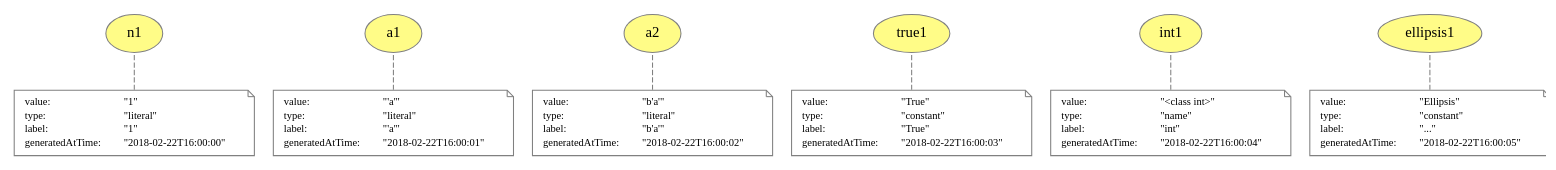
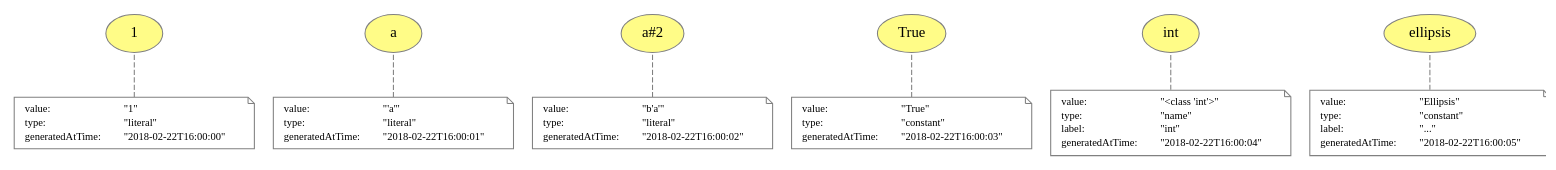
The diagram in versioned_prov/names.dot (dew-uff/versioned-prov), drawn with Graphviz before and after one commit. The commit also changed 51 other files, not shown here.

```diff
--- a/versioned_prov/names.dot
+++ b/versioned_prov/names.dot
@@ -1,122 +1,106 @@
 digraph "PROV" { size="16,12"; rankdir="BT";
-"http://example.org/n1" [fillcolor="#FFFC87",color="#808080",style="filled",label="n1",URL="http://example.org/n1"]
+"http://example.org/1" [fillcolor="#FFFC87",color="#808080",style="filled",label="1",URL="http://example.org/1"]
 "-attrs0" [color="gray",shape="note",fontsize="10",fontcolor="black",label=<<TABLE cellpadding="0" border="0">
 	<TR>
 	    <TD align="left">value:</TD>
 	    <TD align="left">&quot;1&quot;</TD>
 	</TR>
 	<TR>
 	    <TD align="left">type:</TD>
 	    <TD align="left">&quot;literal&quot;</TD>
 	</TR>
 	<TR>
-	    <TD align="left">label:</TD>
-	    <TD align="left">&quot;1&quot;</TD>
-	</TR>
-	<TR>
 	    <TD align="left">generatedAtTime:</TD>
 	    <TD align="left">&quot;2018-02-22T16:00:00&quot;</TD>
 	</TR>
 </TABLE>>]
-"-attrs0" -> "http://example.org/n1" [color="gray",style="dashed",arrowhead="none"]
-"http://example.org/a1" [fillcolor="#FFFC87",color="#808080",style="filled",label="a1",URL="http://example.org/a1"]
+"-attrs0" -> "http://example.org/1" [color="gray",style="dashed",arrowhead="none"]
+"http://example.org/a" [fillcolor="#FFFC87",color="#808080",style="filled",label="a",URL="http://example.org/a"]
 "-attrs1" [color="gray",shape="note",fontsize="10",fontcolor="black",label=<<TABLE cellpadding="0" border="0">
 	<TR>
 	    <TD align="left">value:</TD>
 	    <TD align="left">&quot;&#x27;a&#x27;&quot;</TD>
 	</TR>
 	<TR>
 	    <TD align="left">type:</TD>
 	    <TD align="left">&quot;literal&quot;</TD>
 	</TR>
 	<TR>
-	    <TD align="left">label:</TD>
-	    <TD align="left">&quot;&#x27;a&#x27;&quot;</TD>
-	</TR>
-	<TR>
 	    <TD align="left">generatedAtTime:</TD>
 	    <TD align="left">&quot;2018-02-22T16:00:01&quot;</TD>
 	</TR>
 </TABLE>>]
-"-attrs1" -> "http://example.org/a1" [color="gray",style="dashed",arrowhead="none"]
-"http://example.org/a2" [fillcolor="#FFFC87",color="#808080",style="filled",label="a2",URL="http://example.org/a2"]
+"-attrs1" -> "http://example.org/a" [color="gray",style="dashed",arrowhead="none"]
+"http://example.org/a#2" [fillcolor="#FFFC87",color="#808080",style="filled",label="a#2",URL="http://example.org/a#2"]
 "-attrs2" [color="gray",shape="note",fontsize="10",fontcolor="black",label=<<TABLE cellpadding="0" border="0">
 	<TR>
 	    <TD align="left">value:</TD>
 	    <TD align="left">&quot;b&#x27;a&#x27;&quot;</TD>
 	</TR>
 	<TR>
 	    <TD align="left">type:</TD>
 	    <TD align="left">&quot;literal&quot;</TD>
 	</TR>
 	<TR>
-	    <TD align="left">label:</TD>
-	    <TD align="left">&quot;b&#x27;a&#x27;&quot;</TD>
-	</TR>
-	<TR>
 	    <TD align="left">generatedAtTime:</TD>
 	    <TD align="left">&quot;2018-02-22T16:00:02&quot;</TD>
 	</TR>
 </TABLE>>]
-"-attrs2" -> "http://example.org/a2" [color="gray",style="dashed",arrowhead="none"]
-"http://example.org/true1" [fillcolor="#FFFC87",color="#808080",style="filled",label="true1",URL="http://example.org/true1"]
+"-attrs2" -> "http://example.org/a#2" [color="gray",style="dashed",arrowhead="none"]
+"http://example.org/True" [fillcolor="#FFFC87",color="#808080",style="filled",label="True",URL="http://example.org/True"]
 "-attrs3" [color="gray",shape="note",fontsize="10",fontcolor="black",label=<<TABLE cellpadding="0" border="0">
 	<TR>
 	    <TD align="left">value:</TD>
 	    <TD align="left">&quot;True&quot;</TD>
 	</TR>
 	<TR>
 	    <TD align="left">type:</TD>
 	    <TD align="left">&quot;constant&quot;</TD>
 	</TR>
 	<TR>
-	    <TD align="left">label:</TD>
-	    <TD align="left">&quot;True&quot;</TD>
-	</TR>
-	<TR>
 	    <TD align="left">generatedAtTime:</TD>
 	    <TD align="left">&quot;2018-02-22T16:00:03&quot;</TD>
 	</TR>
 </TABLE>>]
-"-attrs3" -> "http://example.org/true1" [color="gray",style="dashed",arrowhead="none"]
-"http://example.org/int1" [fillcolor="#FFFC87",color="#808080",style="filled",label="int1",URL="http://example.org/int1"]
+"-attrs3" -> "http://example.org/True" [color="gray",style="dashed",arrowhead="none"]
+"http://example.org/int" [fillcolor="#FFFC87",color="#808080",style="filled",label="int",URL="http://example.org/int"]
 "-attrs4" [color="gray",shape="note",fontsize="10",fontcolor="black",label=<<TABLE cellpadding="0" border="0">
 	<TR>
 	    <TD align="left">value:</TD>
-	    <TD align="left">&quot;&lt;class int&gt;&quot;</TD>
+	    <TD align="left">&quot;&lt;class &#x27;int&#x27;&gt;&quot;</TD>
 	</TR>
 	<TR>
 	    <TD align="left">type:</TD>
 	    <TD align="left">&quot;name&quot;</TD>
 	</TR>
 	<TR>
 	    <TD align="left">label:</TD>
 	    <TD align="left">&quot;int&quot;</TD>
 	</TR>
 	<TR>
 	    <TD align="left">generatedAtTime:</TD>
 	    <TD align="left">&quot;2018-02-22T16:00:04&quot;</TD>
 	</TR>
 </TABLE>>]
-"-attrs4" -> "http://example.org/int1" [color="gray",style="dashed",arrowhead="none"]
-"http://example.org/ellipsis1" [fillcolor="#FFFC87",color="#808080",style="filled",label="ellipsis1",URL="http://example.org/ellipsis1"]
+"-attrs4" -> "http://example.org/int" [color="gray",style="dashed",arrowhead="none"]
+"http://example.org/ellipsis" [fillcolor="#FFFC87",color="#808080",style="filled",label="ellipsis",URL="http://example.org/ellipsis"]
 "-attrs5" [color="gray",shape="note",fontsize="10",fontcolor="black",label=<<TABLE cellpadding="0" border="0">
 	<TR>
 	    <TD align="left">value:</TD>
 	    <TD align="left">&quot;Ellipsis&quot;</TD>
 	</TR>
 	<TR>
 	    <TD align="left">type:</TD>
 	    <TD align="left">&quot;constant&quot;</TD>
 	</TR>
 	<TR>
 	    <TD align="left">label:</TD>
 	    <TD align="left">&quot;...&quot;</TD>
 	</TR>
 	<TR>
 	    <TD align="left">generatedAtTime:</TD>
 	    <TD align="left">&quot;2018-02-22T16:00:05&quot;</TD>
 	</TR>
 </TABLE>>]
-"-attrs5" -> "http://example.org/ellipsis1" [color="gray",style="dashed",arrowhead="none"]
+"-attrs5" -> "http://example.org/ellipsis" [color="gray",style="dashed",arrowhead="none"]
 }
```
